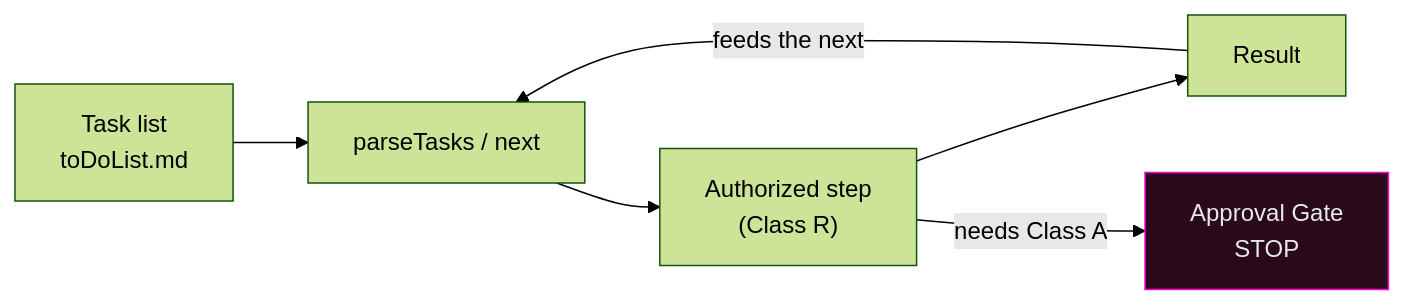
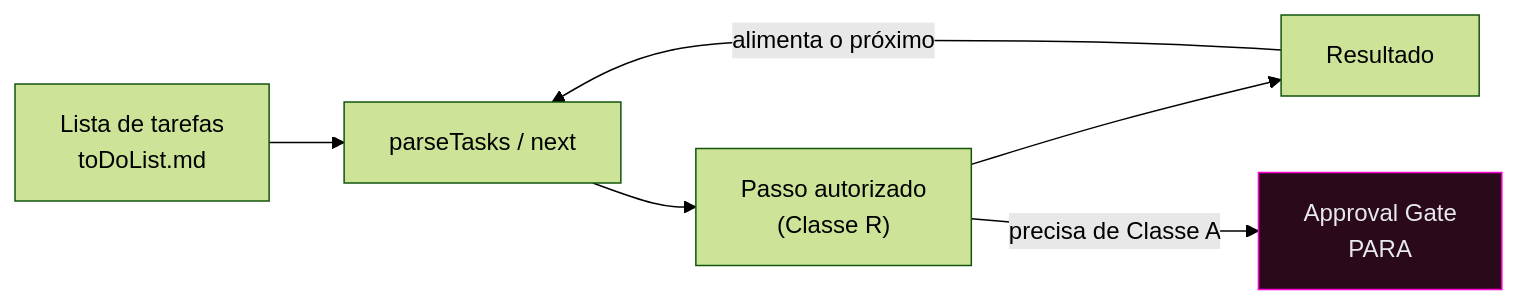
The second of 3 diagrams in README.md (Pettigrul/SYNAPSE), drawn with Mermaid (forest theme) before and after one commit. The commit also changed other lines of this file, not shown here.

````diff
--- a/README.md
+++ b/README.md
@@ -363,10 +363,10 @@
 ```mermaid
 flowchart LR
-  T["Task list<br/>toDoList.md"] --> SEL["parseTasks / next"]
-  SEL --> ACT["Authorized step<br/>(Class R)"]
-  ACT --> RES["Result"]
-  RES -->|feeds the next| SEL
-  ACT -->|needs Class A| GATE["Approval Gate<br/>STOP"]
+  T["Lista de tarefas<br/>toDoList.md"] --> SEL["parseTasks / next"]
+  SEL --> ACT["Passo autorizado<br/>(Classe R)"]
+  ACT --> RES["Resultado"]
+  RES -->|alimenta o próximo| SEL
+  ACT -->|precisa de Classe A| GATE["Approval Gate<br/>PARA"]
   classDef g fill:#2a0a1a,stroke:#FF00D4,color:#E7E8F0;
   class GATE g;
 ```
````
